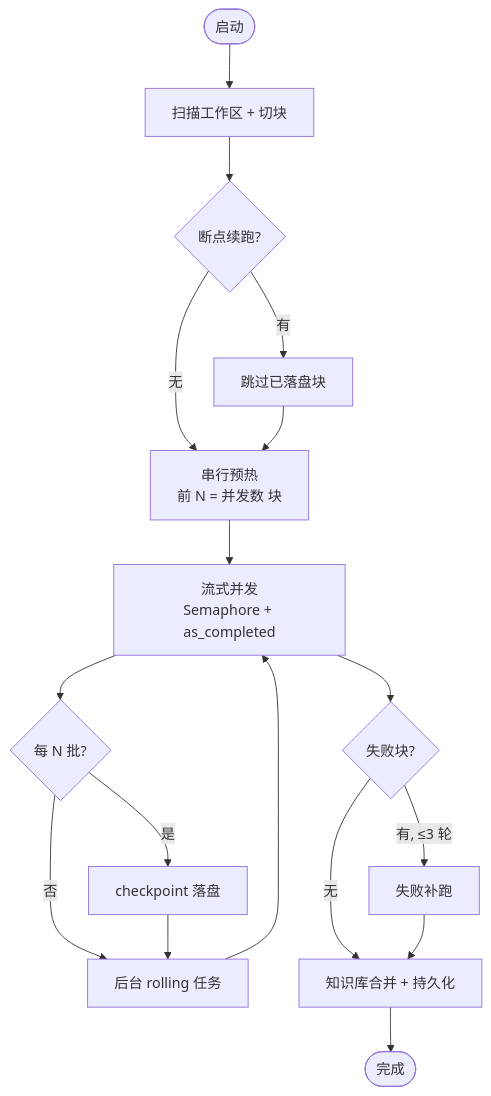
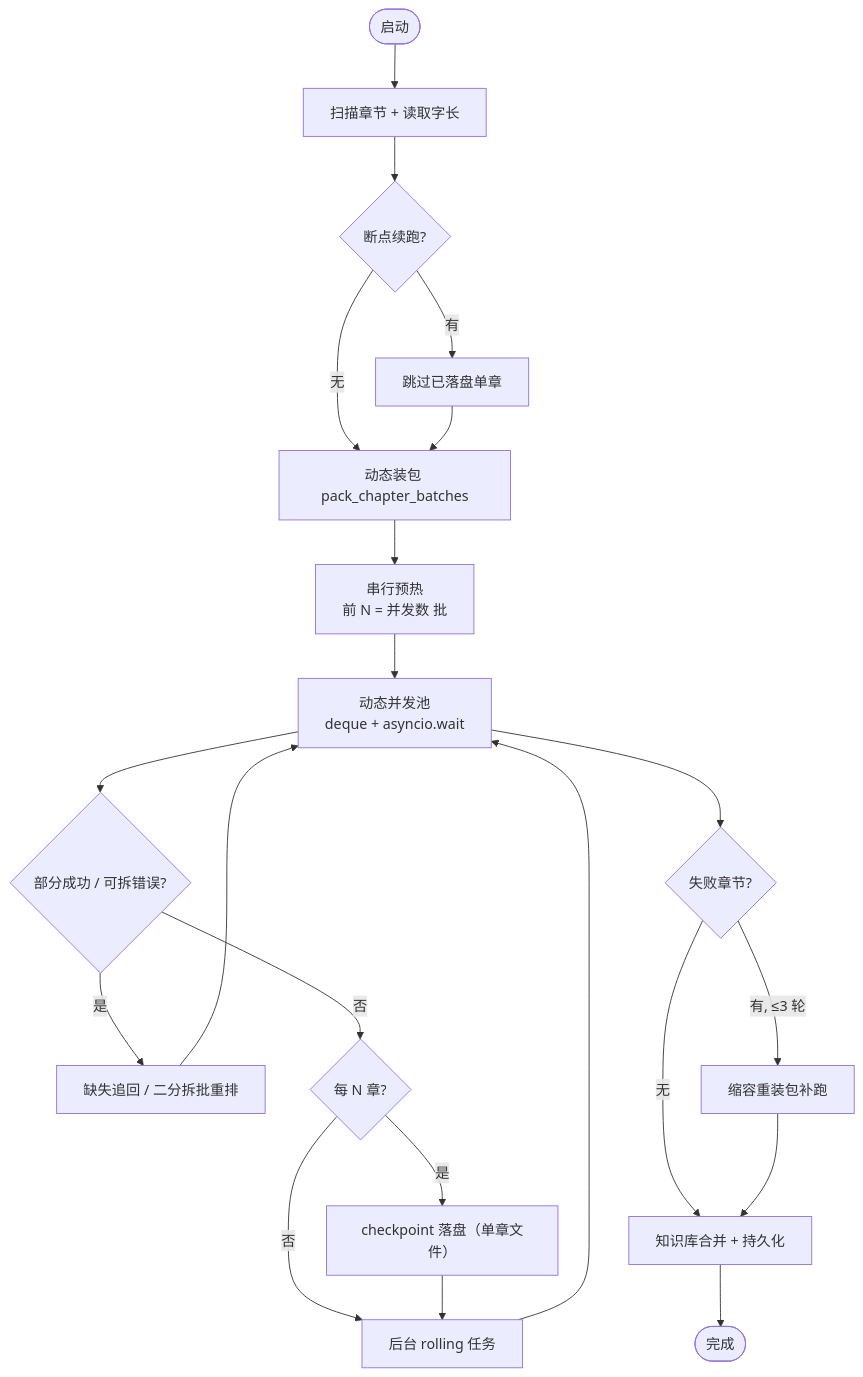
One commit to mojingjing-git/Novel-analyzer-harness changed the second of 3 diagrams in docs/architecture.md. Above: the diagram before and after it, drawn with Mermaid. The commit also changed other lines of this file and 65 other files, not shown here.

````diff
--- a/docs/architecture.md
+++ b/docs/architecture.md
@@ -61,19 +61,23 @@
 ```mermaid
 flowchart TD
-  Start(["启动"]) --> Scan["扫描工作区 + 切块"]
+  Start(["启动"]) --> Scan["扫描章节 + 读取字长"]
   Scan --> Resume{"断点续跑?"}
-  Resume -->|有| Skip["跳过已落盘块"]
-  Resume -->|无| Warmup
-  Skip --> Warmup["串行预热<br>前 N = 并发数 块"]
-  Warmup --> Concurrent["流式并发<br>Semaphore + as_completed"]
-  Concurrent --> Checkpoint{"每 N 批?"}
-  Checkpoint -->|是| Save["checkpoint 落盘"]
+  Resume -->|有| Skip["跳过已落盘单章"]
+  Resume -->|无| Pack["动态装包 pack_chapter_batches"]
+  Skip --> Pack
+  Pack --> Warmup["串行预热<br>前 N = 并发数 批"]
+  Warmup --> Concurrent["动态并发池<br>deque + asyncio.wait"]
+  Concurrent --> Outcomes{"部分成功 / 可拆错误?"}
+  Outcomes -->|是| Requeue["缺失追回 / 二分拆批重排"]
+  Outcomes -->|否| Checkpoint{"每 N 章?"}
+  Requeue --> Concurrent
+  Checkpoint -->|是| Save["checkpoint 落盘（单章文件）"]
   Checkpoint -->|否| Rolling
   Save --> Rolling["后台 rolling 任务"]
   Rolling --> Concurrent
-  Concurrent --> Retry{"失败块?"}
-  Retry -->|有, ≤3 轮| RetryRun["失败补跑"]
+  Concurrent --> Retry{"失败章节?"}
+  Retry -->|有, ≤3 轮| RetryRun["缩容重装包补跑"]
   Retry -->|无| Merge
   RetryRun --> Merge["知识库合并 + 持久化"]
   Merge --> End(["完成"])
 ```
````
